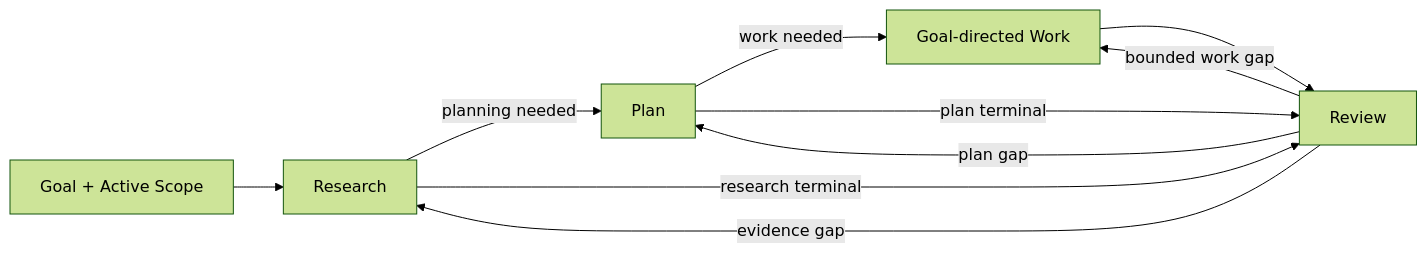
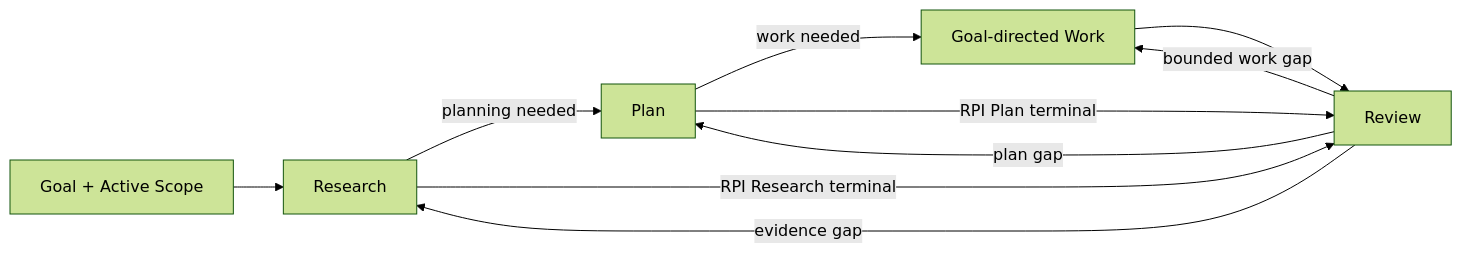
The first of 4 diagrams in src/rulesync/.rulesync/skills/mols-rpi/SKILL.md (mols3131d/mols-agent-assets), drawn with Mermaid (forest theme) before and after one commit. The commit also changed other lines of this file and 16 other files, not shown here.

````diff
--- a/src/rulesync/.rulesync/skills/mols-rpi/SKILL.md
+++ b/src/rulesync/.rulesync/skills/mols-rpi/SKILL.md
@@ -118,12 +142,12 @@
 ```mermaid
 flowchart LR
     G["Goal + Active Scope"] --> R["Research"]
     R -->|planning needed| P["Plan"]
-    R -->|research terminal| V["Review"]
+    R -->|RPI Research terminal| V["Review"]
     P -->|work needed| I["Goal-directed Work"]
-    P -->|plan terminal| V
+    P -->|RPI Plan terminal| V
     I --> V
     V -->|evidence gap| R
     V -->|plan gap| P
     V -->|bounded work gap| I
 ```
````
